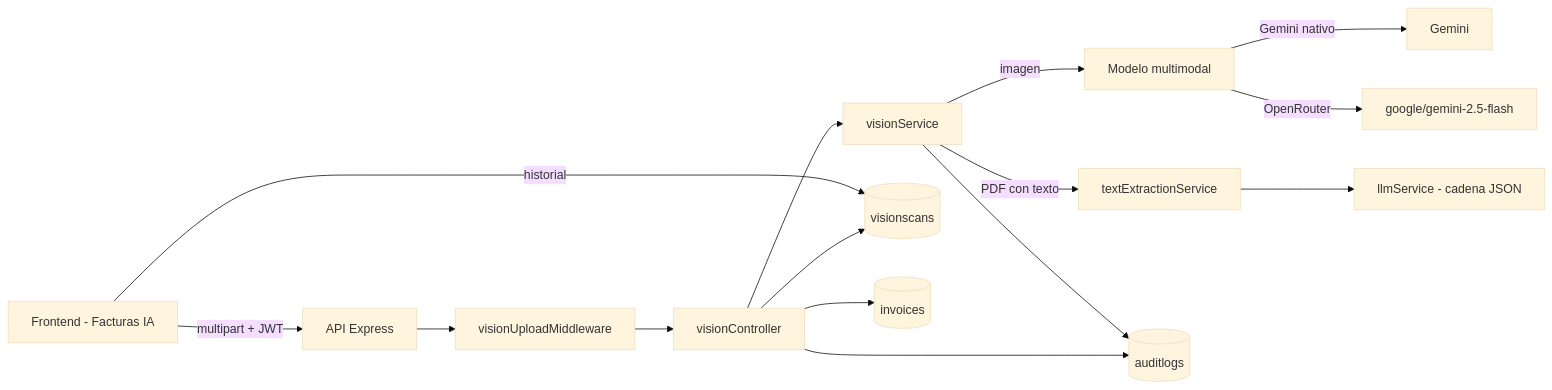
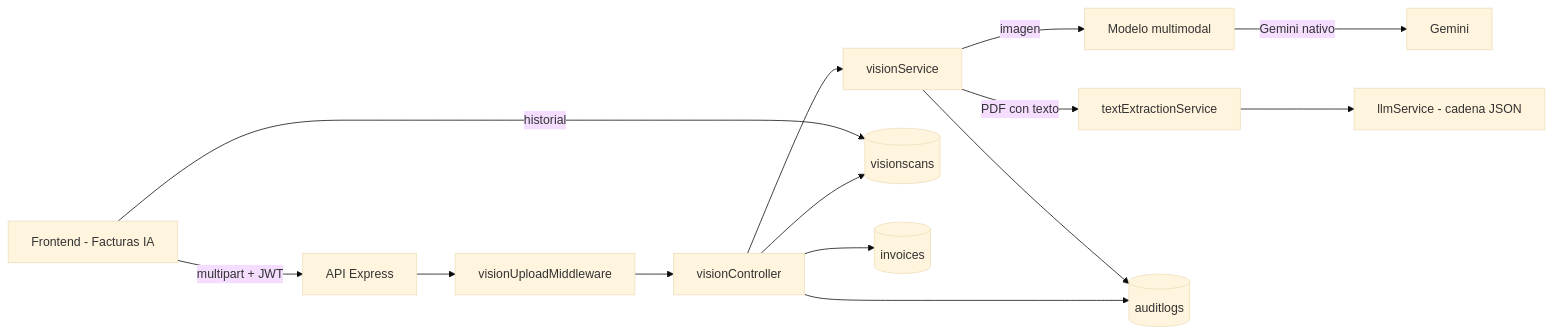
Before and after one commit to pintoplataemmanuel-stack/Sistema_Documental_IA: the diagram in 11 - Tercer corte - Automatización y Visión/Semana 3 - Visión/Implementación y evidencias - Semana 3.md, drawn with Mermaid (base theme). The commit also changed other lines of this file and 12 other files, not shown here.

Commit message:
refactor: retirar OpenRouter y dejar Gemini como proveedor unico

````diff
--- a/11 - Tercer corte - Automatización y Visión/Semana 3 - Visión/Implementación y evidencias - Semana 3.md
+++ b/11 - Tercer corte - Automatización y Visión/Semana 3 - Visión/Implementación y evidencias - Semana 3.md
@@ -51,17 +51,16 @@
 ```mermaid
 flowchart LR
     UI[Frontend - Facturas IA] -->|multipart + JWT| API[API Express]
     API --> MW[visionUploadMiddleware]
     MW --> CTRL[visionController]
     CTRL --> VS[visionService]
     VS -->|imagen| VLM[Modelo multimodal]
     VLM -->|Gemini nativo| GEM[Gemini]
-    VLM -->|OpenRouter| OR[google/gemini-2.5-flash]
     VS -->|PDF con texto| TXT[textExtractionService]
     TXT --> CHAT[llmService - cadena JSON]
     CTRL --> SCAN[(visionscans)]
     CTRL --> INV[(invoices)]
     CTRL --> AUD[(auditlogs)]
     VS --> AUD
     UI -->|historial| SCAN
 ```
````
